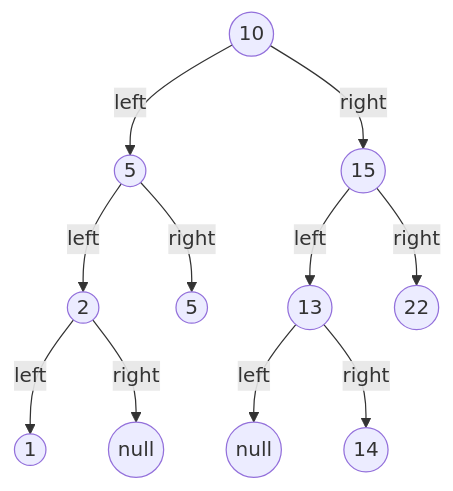
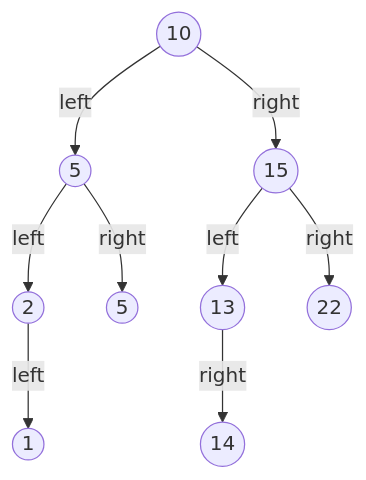
One commit to fagnerpereira/algorithms-learnings changed the diagram in find-closest-value-in-bst/README.md. Above: the diagram before and after it, drawn with Mermaid. The commit also changed 5 other files, not shown here.

````diff
--- a/find-closest-value-in-bst/README.md
+++ b/find-closest-value-in-bst/README.md
@@ -1,36 +1,35 @@
 ```mermaid
 graph TD
   A((10))
   B((5))
   C((2))
   D((1))
   E((5))
   F((15))
   G((13))
   H((14))
   I((22))
 
   A --> |left| B
   B --> |left| C
   C --> |left| D
-  C --> |right| 1((null))
+
   B --> |right| E
   A --> |right| F
 
   F --> |left| G
 
-  G --> |left| 2((null))
   G --> |right| H
 
   F --> |right| I
 
   %% Style each level differently
   %% style A fill:#f96,stroke:#333
   %% style B fill:#9cf,stroke:#333
   %% style C fill:#9cf,stroke:#333
   %% style D fill:#9f9,stroke:#333
   %% style E fill:#9f9,stroke:#333
   %% style F fill:#9f9,stroke:#333
   %% style G fill:#9f9,stroke:#333
 
 ```
````
